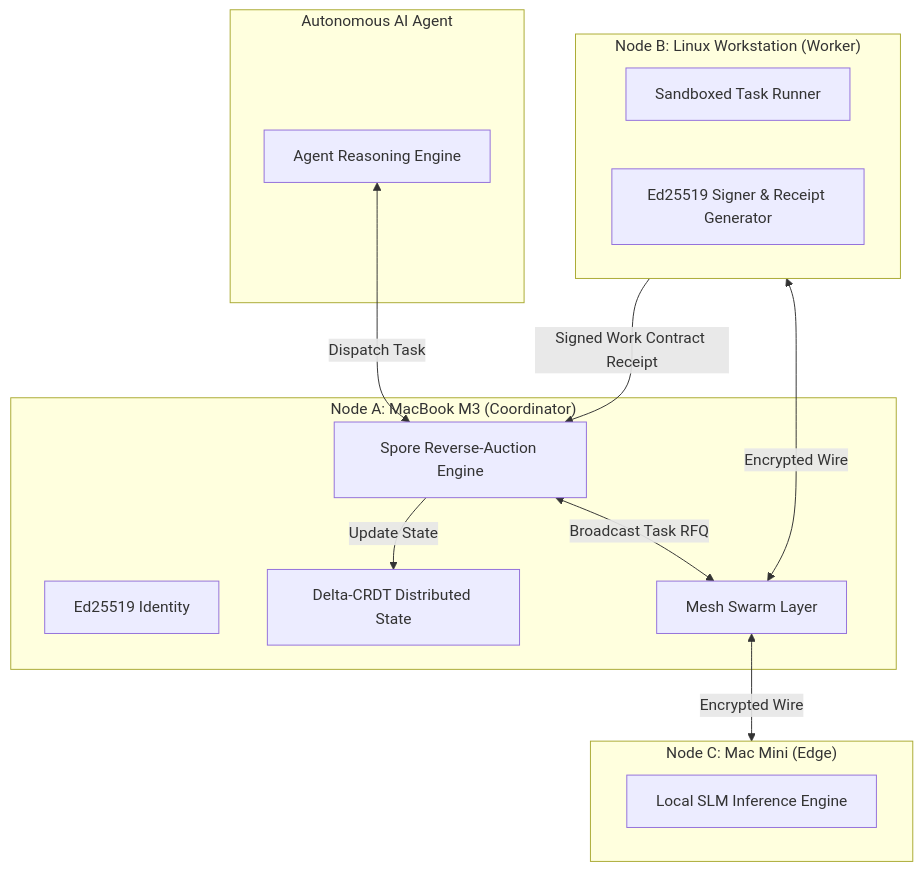
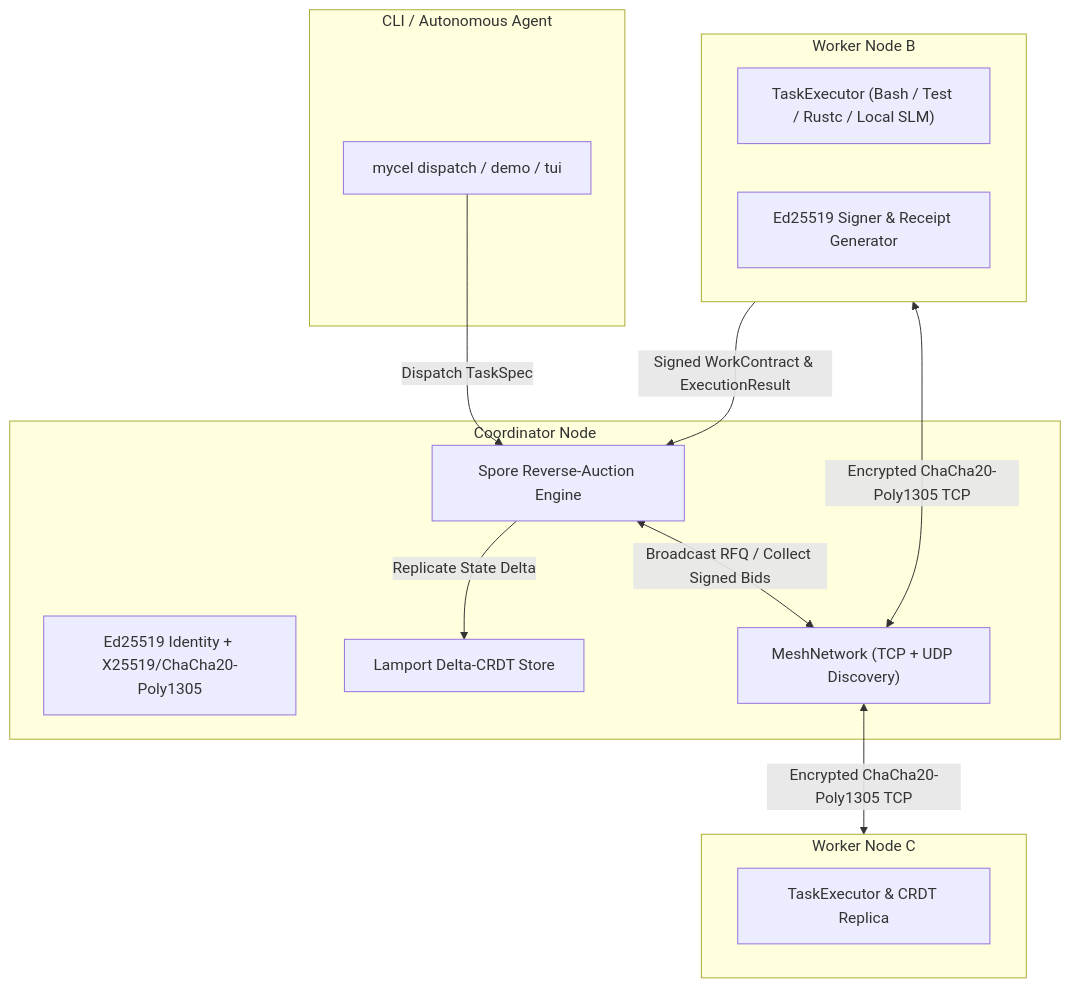
The diagram in README.md (khalidfarooq/mycel), drawn with Mermaid before and after one commit. The commit also changed other lines of this file and 4 other files, not shown here.

Commit message:
feat(cli,docs): wire live mesh metrics in demo/tui, add dispatch peer flags, and update docs

````diff
--- a/README.md
+++ b/README.md
@@ -38,29 +39,29 @@
 ```mermaid
 flowchart TD
-    subgraph Agent["Autonomous AI Agent"]
-        LLM["Agent Reasoning Engine"]
+    subgraph Agent["CLI / Autonomous Agent"]
+        CMD["mycel dispatch / demo / tui"]
     end
 
-    subgraph NodeA["Node A: MacBook M3 (Coordinator)"]
-        CRYPTO_A["Ed25519 Identity"]
+    subgraph NodeA["Coordinator Node"]
+        CRYPTO_A["Ed25519 Identity + X25519/ChaCha20-Poly1305"]
         AUCTION_A["Spore Reverse-Auction Engine"]
-        CRDT_A["Delta-CRDT Distributed State"]
-        NET_A["Mesh Swarm Layer"]
+        CRDT_A["Lamport Delta-CRDT Store"]
+        NET_A["MeshNetwork (TCP + UDP Discovery)"]
     end
 
-    subgraph NodeB["Node B: Linux Workstation (Worker)"]
-        EXEC_B["Sandboxed Task Runner"]
+    subgraph NodeB["Worker Node B"]
+        EXEC_B["TaskExecutor (Bash / Test / Rustc / Local SLM)"]
         CRYPTO_B["Ed25519 Signer & Receipt Generator"]
     end
 
-    subgraph NodeC["Node C: Mac Mini (Edge)"]
-        SLM_C["Local SLM Inference Engine"]
+    subgraph NodeC["Worker Node C"]
+        EXEC_C["TaskExecutor & CRDT Replica"]
     end
 
-    LLM <-->|Dispatch Task| AUCTION_A
-    AUCTION_A <-->|Broadcast Task RFQ| NET_A
-    NET_A <-->|Encrypted Wire| NodeB
-    NET_A <-->|Encrypted Wire| NodeC
-    NodeB -->|Signed Work Contract Receipt| AUCTION_A
-    AUCTION_A -->|Update State| CRDT_A
+    CMD -->|Dispatch TaskSpec| AUCTION_A
+    AUCTION_A <-->|Broadcast RFQ / Collect Signed Bids| NET_A
+    NET_A <-->|Encrypted ChaCha20-Poly1305 TCP| NodeB
+    NET_A <-->|Encrypted ChaCha20-Poly1305 TCP| NodeC
+    NodeB -->|Signed WorkContract & ExecutionResult| AUCTION_A
+    AUCTION_A -->|Replicate State Delta| CRDT_A
 ```
````
